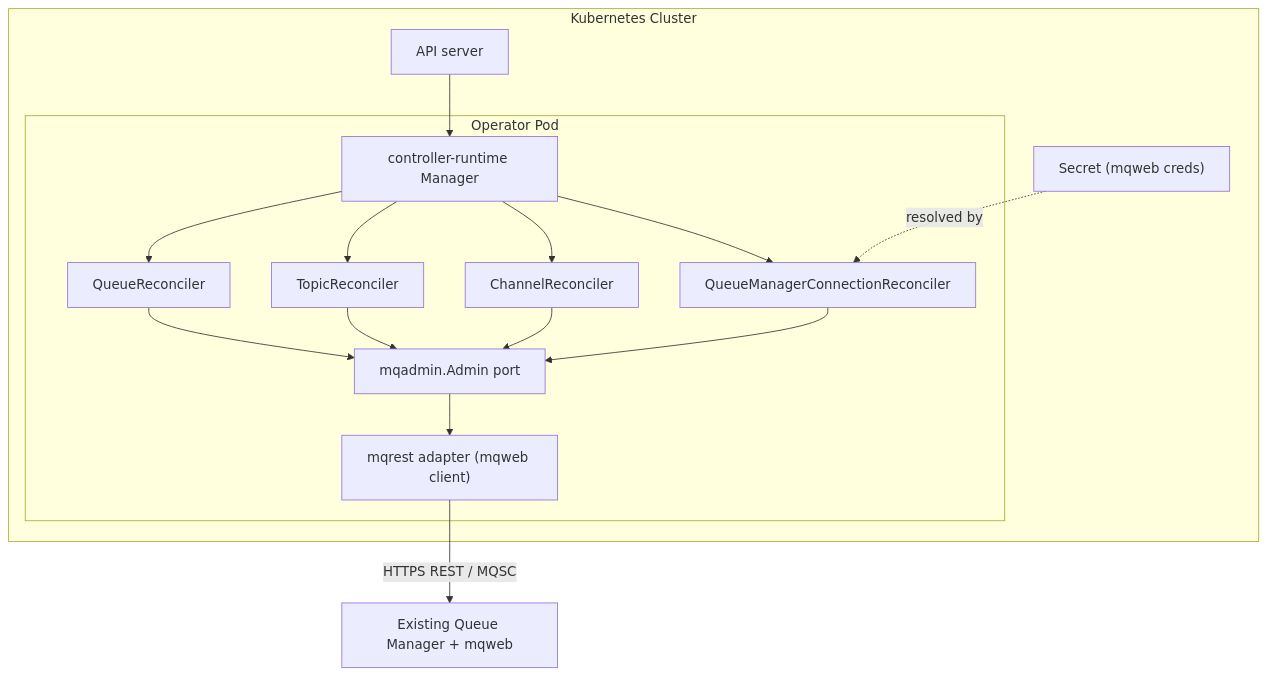
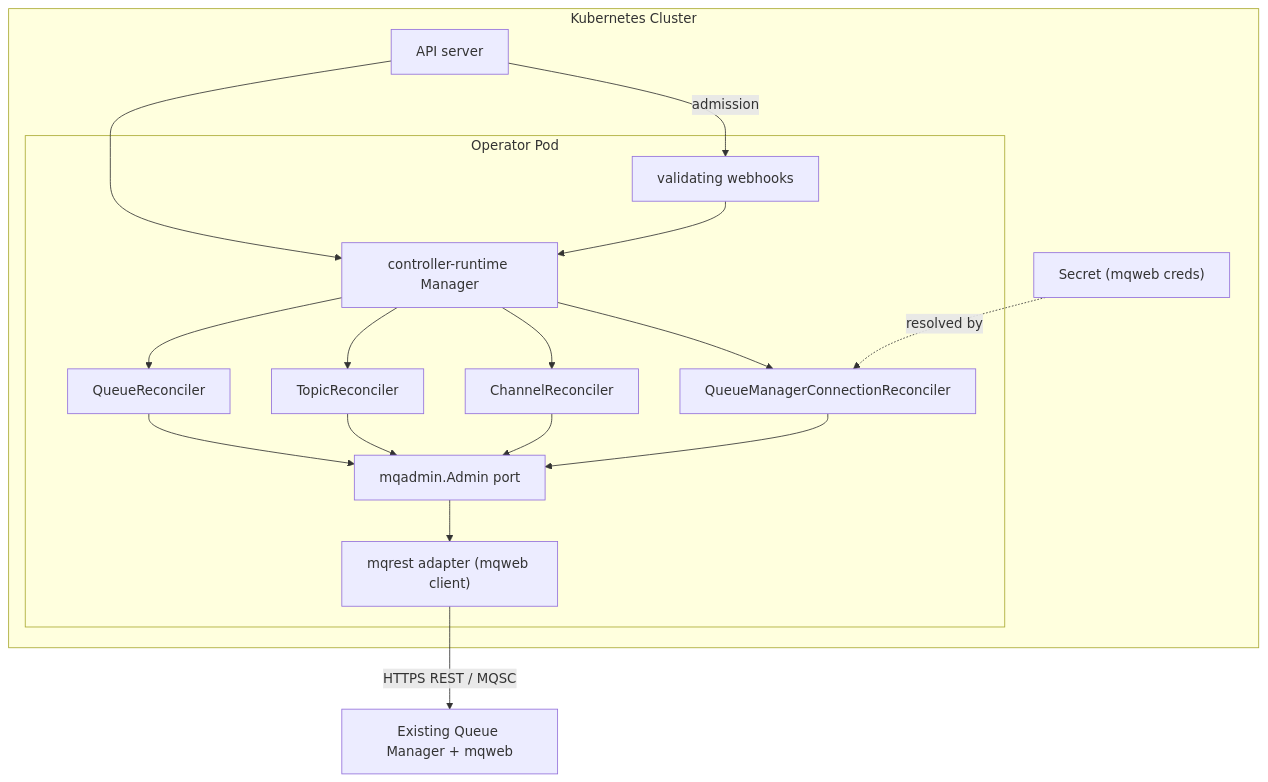
One commit to PlatformRelay/MKurator changed the first of 3 diagrams in docs/ARCHITECTURE.md. Above: the diagram before and after it, drawn with Mermaid. The commit also changed other lines of this file and 3 other files, not shown here.

````diff
--- a/docs/ARCHITECTURE.md
+++ b/docs/ARCHITECTURE.md
@@ -23,30 +23,33 @@
 ```mermaid
 flowchart TB
   subgraph cluster [Kubernetes Cluster]
     apiserver["API server"]
     secret["Secret (mqweb creds)"]
     subgraph operator [Operator Pod]
       mgr["controller-runtime Manager"]
+      wh["validating webhooks"]
       crec["QueueManagerConnectionReconciler"]
       qrec["QueueReconciler"]
       trec["TopicReconciler"]
       chrec["ChannelReconciler"]
       port["mqadmin.Admin port"]
       rest["mqrest adapter (mqweb client)"]
     end
   end
   qm["Existing Queue Manager + mqweb"]
 
+  apiserver -->|"admission"| wh
   apiserver --> mgr
+  wh --> mgr
   mgr --> crec
   mgr --> qrec
   mgr --> trec
   mgr --> chrec
   secret -.->|"resolved by"| crec
   qrec --> port
   trec --> port
   chrec --> port
   crec --> port
   port --> rest
   rest -->|"HTTPS REST / MQSC"| qm
 ```
````
